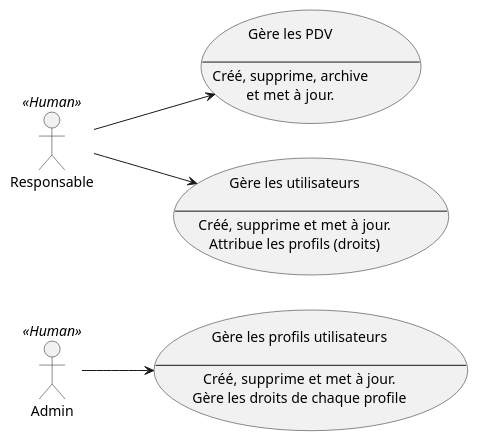
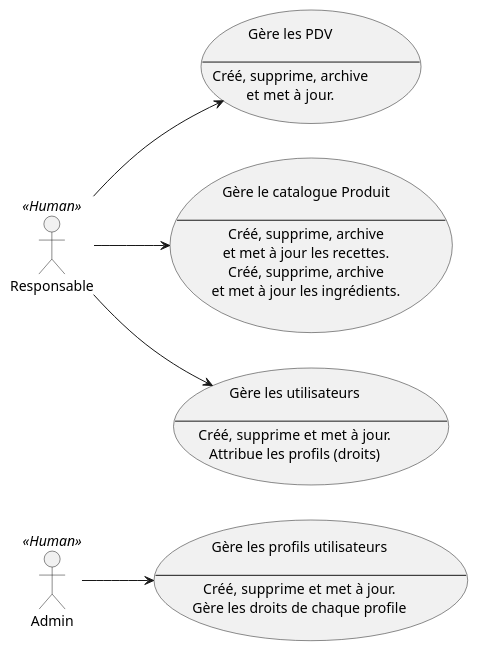
Before and after one commit to rvallet/oc-pizza: the diagram in uml/src/use-case-diagram-pdv.puml, drawn with PlantUML. The commit also changed 1 other file, not shown here.

Commit message:
diagram order life cycle

```diff
--- a/uml/src/use-case-diagram-pdv.puml
+++ b/uml/src/use-case-diagram-pdv.puml
@@ -1,43 +1,54 @@
 @startuml
 /' Start UML Class '/
 
 /' Flow Direction '/
 left to right direction
 
 /' Actor and Entity '/
 "Admin" << Human >> as A1
 "Responsable" << Human >> as R1
 
 /' UseCase Relationship '/
 /' Gestion des PDV '/
 usecase setPDV as "
     Gère les PDV
 
     --
     Créé, supprime, archive
     et met à jour.
 "
 R1 --> (setPDV)
 
+/' Gestion du catalogue produit'/
+usecase setCAT as "
+    Gère le catalogue Produit
+
+    --
+    Créé, supprime, archive
+    et met à jour les recettes.
+    Créé, supprime, archive
+    et met à jour les ingrédients.
+"
+R1 --> (setCAT)
 /' Gestion des utilisateurs '/
 usecase setUser as "
 Gère les utilisateurs
 
 --
 Créé, supprime et met à jour.
 Attribue les profils (droits)
 "
 R1 --> (setUser)
 
 /' Gestion des profils utilisateur '/
 usecase setProfile as "
 Gère les profils utilisateurs
 
 --
 Créé, supprime et met à jour.
 Gère les droits de chaque profile
 "
 A1 --> (setProfile)
 
 /' End UML Class '/
 @enduml
```
